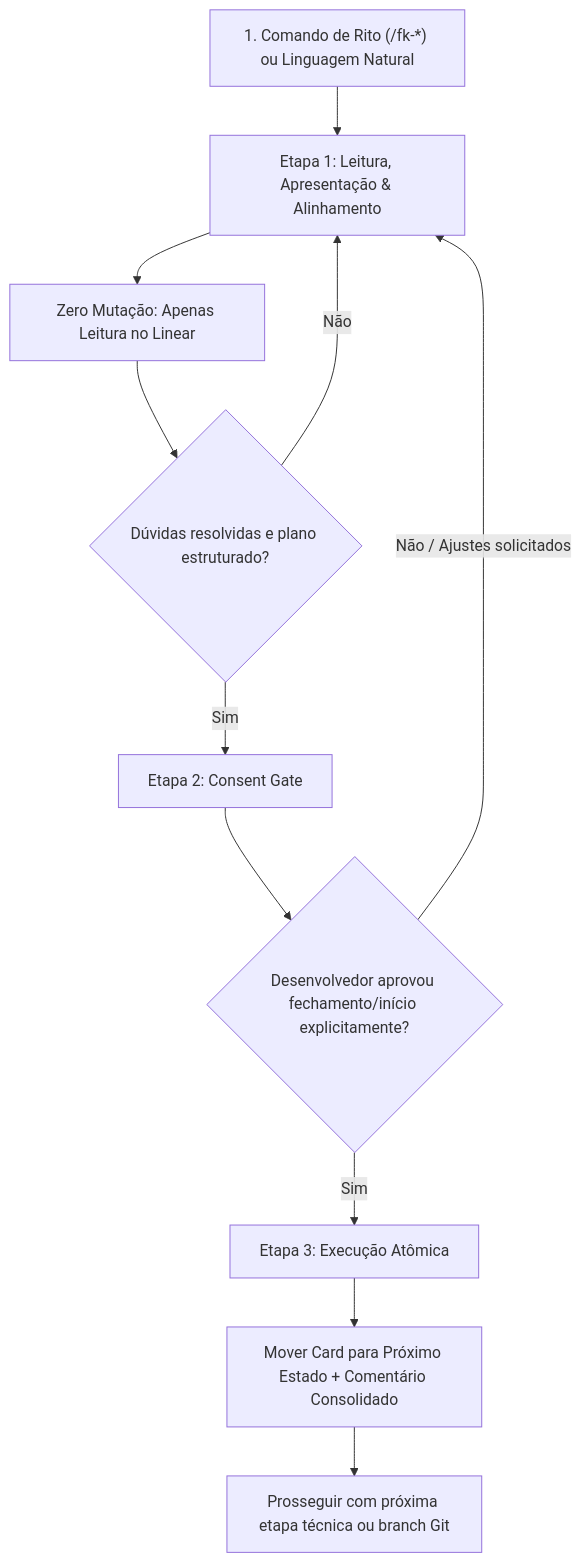
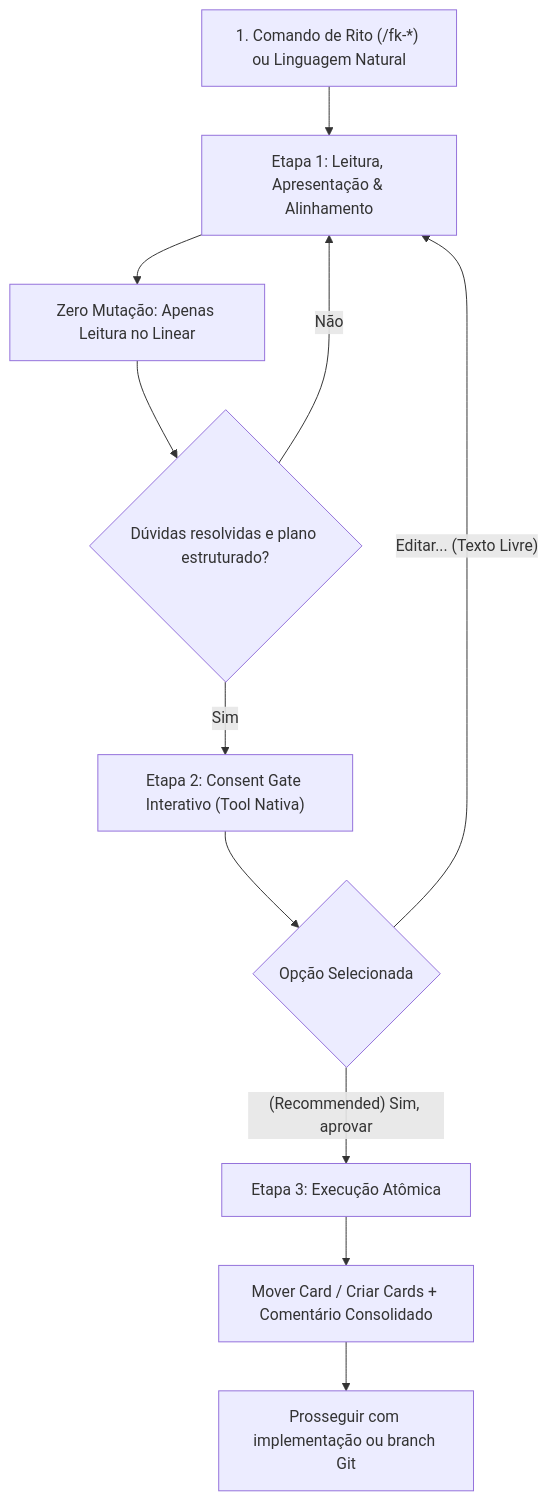
The diagram in skills/linear-workflow/SKILL.md (CaioCoelhoChaves/fk_apm), drawn with Mermaid before and after one commit. The commit also changed other lines of this file and 14 other files, not shown here.

````diff
--- a/skills/linear-workflow/SKILL.md
+++ b/skills/linear-workflow/SKILL.md
@@ -103,14 +110,14 @@
 ```mermaid
 flowchart TD
     A["1. Comando de Rito (/fk-*) ou Linguagem Natural"] --> B["Etapa 1: Leitura, Apresentação & Alinhamento"]
     B --> C["Zero Mutação: Apenas Leitura no Linear"]
     C --> D{"Dúvidas resolvidas e plano estruturado?"}
     D -- "Não" --> B
-    D -- "Sim" --> E["Etapa 2: Consent Gate"]
-    E --> F{"Desenvolvedor aprovou fechamento/início explicitamente?"}
-    F -- "Não / Ajustes solicitados" --> B
-    F -- "Sim" --> G["Etapa 3: Execução Atômica"]
-    H["Mover Card para Próximo Estado + Comentário Consolidado"]
+    D -- "Sim" --> E["Etapa 2: Consent Gate Interativo (Tool Nativa)"]
+    E --> F{"Opção Selecionada"}
+    F -- "Editar... (Texto Livre)" --> B
+    F -- "(Recommended) Sim, aprovar" --> G["Etapa 3: Execução Atômica"]
+    H["Mover Card / Criar Cards + Comentário Consolidado"]
     G --> H
-    H --> I["Prosseguir com próxima etapa técnica ou branch Git"]
+    H --> I["Prosseguir com implementação ou branch Git"]
 ```
````
